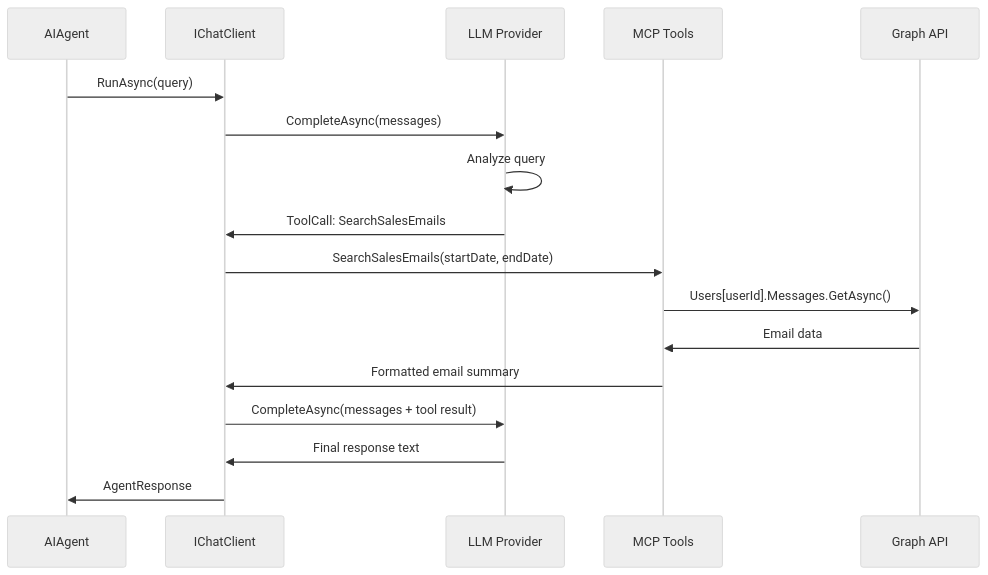
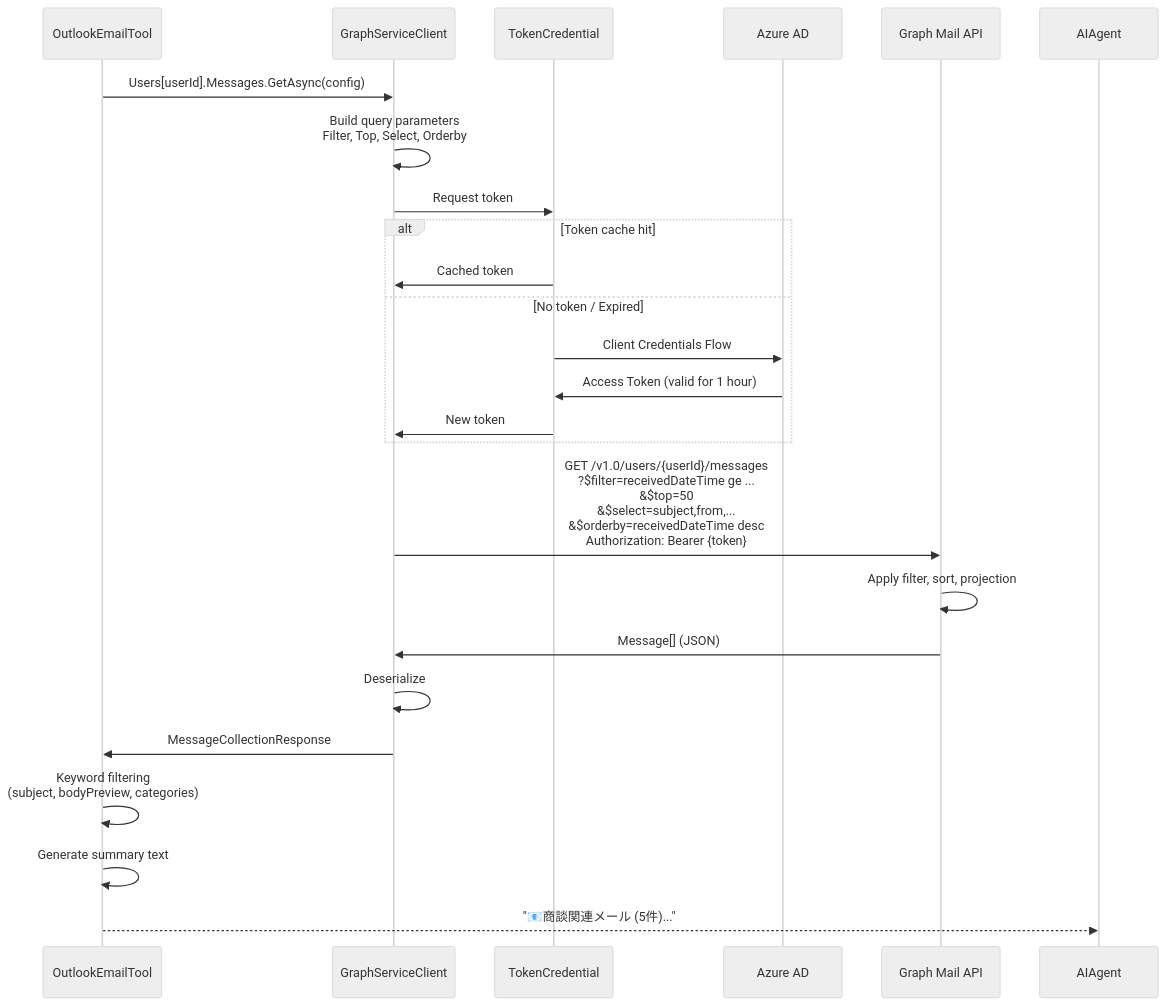
Before and after one commit to TK3214-MS/POC-Agent365SDK-TeamsAgent: the second of 6 diagrams in docs/en/developer/04-DATA-FLOW.md, drawn with Mermaid (neutral theme). The commit also changed other lines of this file and 13 other files, not shown here.

First line of the commit message:
Enhance auth & data flow developer docs

````diff
--- a/docs/en/developer/04-DATA-FLOW.md
+++ b/docs/en/developer/04-DATA-FLOW.md
@@ -190,20 +390,31 @@
 ```mermaid
 sequenceDiagram
-    participant Agent as AIAgent
-    participant Chat as IChatClient
-    participant LLM as LLM Provider
-    participant Tool as MCP Tools
-    participant Graph as Graph API
+    participant Tool as OutlookEmailTool
+    participant Graph as GraphServiceClient
+    participant Cred as TokenCredential
+    participant AAD as Azure AD
+    participant API as Graph Mail API
     
-    Agent->>Chat: RunAsync(query)
-    Chat->>LLM: CompleteAsync(messages)
-    LLM->>LLM: Analyze query
-    LLM->>Chat: ToolCall: SearchSalesEmails
-    Chat->>Tool: SearchSalesEmails(startDate, endDate)
-    Tool->>Graph: Users[userId].Messages.GetAsync()
-    Graph->>Tool: Email data
-    Tool->>Chat: Formatted email summary
-    Chat->>LLM: CompleteAsync(messages + tool result)
-    LLM->>Chat: Final response text
-    Chat->>Agent: AgentResponse
+    Tool->>Graph: Users[userId].Messages.GetAsync(config)
+    Graph->>Graph: Build query parameters<br/>Filter, Top, Select, Orderby
+    Graph->>Cred: Request token
+    
+    alt Token cache hit
+        Cred->>Graph: Cached token
+    else No token / Expired
+        Cred->>AAD: Client Credentials Flow
+        AAD->>Cred: Access Token (valid for 1 hour)
+        Cred->>Graph: New token
+    end
+    
+    Graph->>API: GET /v1.0/users/{userId}/messages<br/>?$filter=receivedDateTime ge ...<br/>&$top=50<br/>&$select=subject,from,...<br/>&$orderby=receivedDateTime desc<br/>Authorization: Bearer {token}
+    
+    API->>API: Apply filter, sort, projection
+    API->>Graph: Message[] (JSON)
+    Graph->>Graph: Deserialize
+    Graph->>Tool: MessageCollectionResponse
+    
+    Tool->>Tool: Keyword filtering<br/>(subject, bodyPreview, categories)
+    Tool->>Tool: Generate summary text
+    Tool-->>AIAgent: "📧商談関連メール (5件)..."
 ```
````
